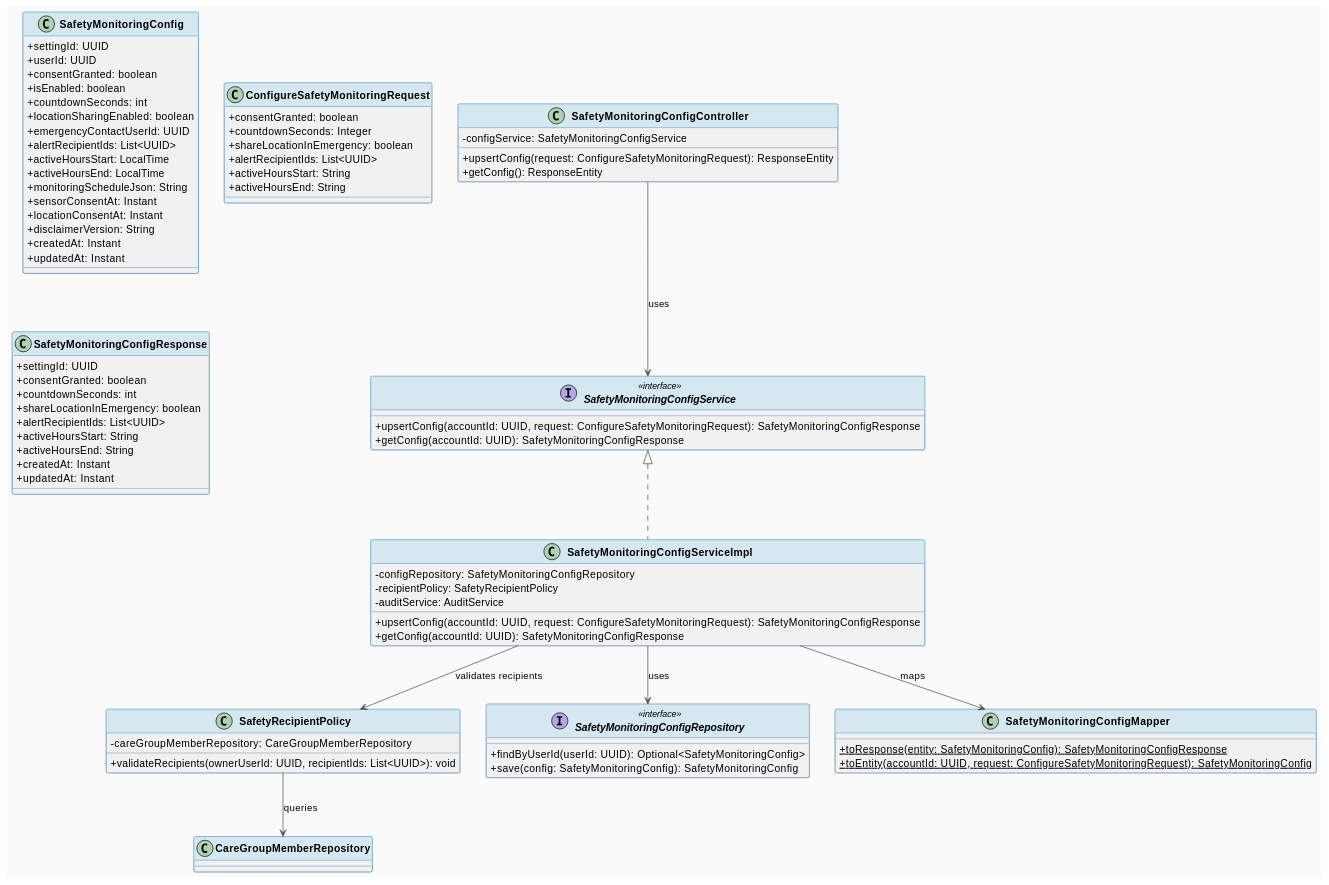
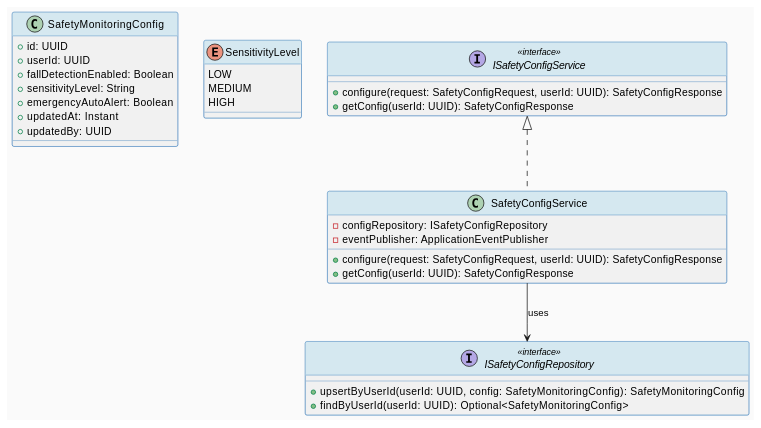
One commit to ChuongBDHE172784/CareBridge_SEP490_G79 changed the first of 3 diagrams in 04_Implement/UC133_ConfigureSafetyMonitoring/UC133_ConfigureSafetyMonitoring_TDS.md. Above: the diagram before and after it, drawn with PlantUML. The commit also changed other lines of this file and 75 other files, not shown here.

````diff
--- a/04_Implement/UC133_ConfigureSafetyMonitoring/UC133_ConfigureSafetyMonitoring_TDS.md
+++ b/04_Implement/UC133_ConfigureSafetyMonitoring/UC133_ConfigureSafetyMonitoring_TDS.md
@@ -235,99 +140,43 @@
 ```plantuml
-@startuml UC133_ConfigureSafetyMonitoring_ClassDiagram
-skinparam classAttributeIconSize 0
-skinparam classFontStyle bold
+@startuml UC133_ClassDiagram
 skinparam backgroundColor #FAFAFA
-skinparam ArrowColor #555555
 skinparam ClassBorderColor #2E75B6
 skinparam ClassHeaderBackgroundColor #D5E8F0
 
-' === ENTITIES ===
 class SafetyMonitoringConfig {
-  + settingId: UUID
+  + id: UUID
   + userId: UUID
-  + consentGranted: boolean
-  + isEnabled: boolean
-  + countdownSeconds: int
-  + locationSharingEnabled: boolean
-  + emergencyContactUserId: UUID
-  + alertRecipientIds: List<UUID>
-  + activeHoursStart: LocalTime
-  + activeHoursEnd: LocalTime
-  + monitoringScheduleJson: String
-  + sensorConsentAt: Instant
-  + locationConsentAt: Instant
-  + disclaimerVersion: String
-  + createdAt: Instant
+  + fallDetectionEnabled: Boolean
+  + sensitivityLevel: String
+  + emergencyAutoAlert: Boolean
   + updatedAt: Instant
+  + updatedBy: UUID
 }
 
-' === DTOs ===
-class ConfigureSafetyMonitoringRequest {
-  + consentGranted: boolean
-  + countdownSeconds: Integer
-  + shareLocationInEmergency: boolean
-  + alertRecipientIds: List<UUID>
-  + activeHoursStart: String
-  + activeHoursEnd: String
+enum SensitivityLevel {
+  LOW
+  MEDIUM
+  HIGH
 }
 
-class SafetyMonitoringConfigResponse {
-  + settingId: UUID
-  + consentGranted: boolean
-  + countdownSeconds: int
-  + shareLocationInEmergency: boolean
-  + alertRecipientIds: List<UUID>
-  + activeHoursStart: String
-  + activeHoursEnd: String
-  + createdAt: Instant
-  + updatedAt: Instant
+interface ISafetyConfigService <<interface>> {
+  + configure(request: SafetyConfigRequest, userId: UUID): SafetyConfigResponse
+  + getConfig(userId: UUID): SafetyConfigResponse
 }
 
-' === SERVICES ===
-interface SafetyMonitoringConfigService <<interface>> {
-  + upsertConfig(accountId: UUID, request: ConfigureSafetyMonitoringRequest): SafetyMonitoringConfigResponse
-  + getConfig(accountId: UUID): SafetyMonitoringConfigResponse
+class SafetyConfigService implements ISafetyConfigService {
+  - configRepository: ISafetyConfigRepository
+  - eventPublisher: ApplicationEventPublisher
+  + configure(request: SafetyConfigRequest, userId: UUID): SafetyConfigResponse
+  + getConfig(userId: UUID): SafetyConfigResponse
 }
 
-class SafetyMonitoringConfigServiceImpl implements SafetyMonitoringConfigService {
-  - configRepository: SafetyMonitoringConfigRepository
-  - recipientPolicy: SafetyRecipientPolicy
-  - auditService: AuditService
-  + upsertConfig(accountId: UUID, request: ConfigureSafetyMonitoringRequest): SafetyMonitoringConfigResponse
-  + getConfig(accountId: UUID): SafetyMonitoringConfigResponse
+interface ISafetyConfigRepository <<interface>> {
+  + upsertByUserId(userId: UUID, config: SafetyMonitoringConfig): SafetyMonitoringConfig
+  + findByUserId(userId: UUID): Optional<SafetyMonitoringConfig>
 }
 
-' === POLICY ===
-class SafetyRecipientPolicy {
-  - careGroupMemberRepository: CareGroupMemberRepository
-  + validateRecipients(ownerUserId: UUID, recipientIds: List<UUID>): void
-}
-
-' === REPOSITORIES ===
-interface SafetyMonitoringConfigRepository <<interface>> {
-  + findByUserId(userId: UUID): Optional<SafetyMonitoringConfig>
-  + save(config: SafetyMonitoringConfig): SafetyMonitoringConfig
-}
-
-' === CONTROLLER ===
-class SafetyMonitoringConfigController {
-  - configService: SafetyMonitoringConfigService
-  + upsertConfig(request: ConfigureSafetyMonitoringRequest): ResponseEntity
-  + getConfig(): ResponseEntity
-}
-
-' === MAPPER ===
-class SafetyMonitoringConfigMapper {
-  + {static} toResponse(entity: SafetyMonitoringConfig): SafetyMonitoringConfigResponse
-  + {static} toEntity(accountId: UUID, request: ConfigureSafetyMonitoringRequest): SafetyMonitoringConfig
-}
-
-' === RELATIONSHIPS ===
-SafetyMonitoringConfigController --> SafetyMonitoringConfigService : uses
-SafetyMonitoringConfigServiceImpl --> SafetyMonitoringConfigRepository : uses
-SafetyMonitoringConfigServiceImpl --> SafetyRecipientPolicy : validates recipients
-SafetyMonitoringConfigServiceImpl --> SafetyMonitoringConfigMapper : maps
-SafetyRecipientPolicy --> CareGroupMemberRepository : queries
+SafetyConfigService --> ISafetyConfigRepository : uses
 
 @enduml
 ```
````
